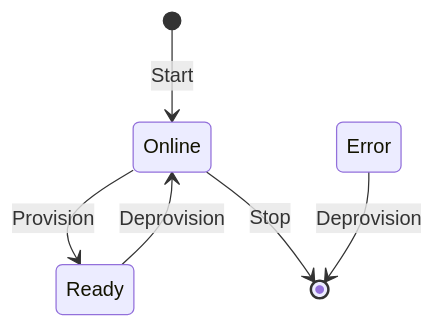
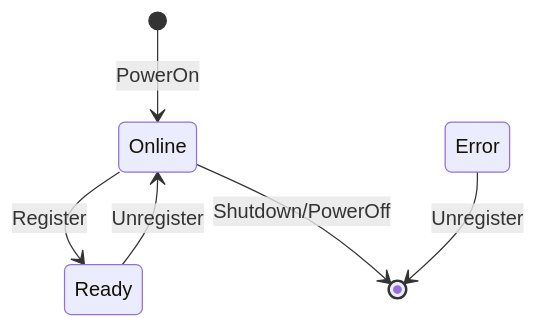
The diagram in docs/nodes.md (bitomia/realm), drawn with Mermaid before and after one commit. The commit also changed 44 other files, not shown here.

````diff
--- a/docs/nodes.md
+++ b/docs/nodes.md
@@ -1,8 +1,8 @@
 ```mermaid
 stateDiagram-v2
-    [*] --> Online: Start
-    Online --> Ready: Provision
-    Ready --> Online: Deprovision
-    Online --> [*]: Stop
-    Error --> [*]: Deprovision
+    [*] --> Online: PowerOn
+    Online --> Ready: Register
+    Ready --> Online: Unregister
+    Online --> [*]: Shutdown/PowerOff
+    Error --> [*]: Unregister
 ```
````
